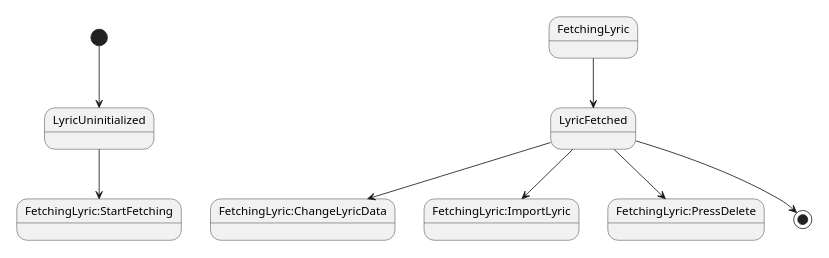
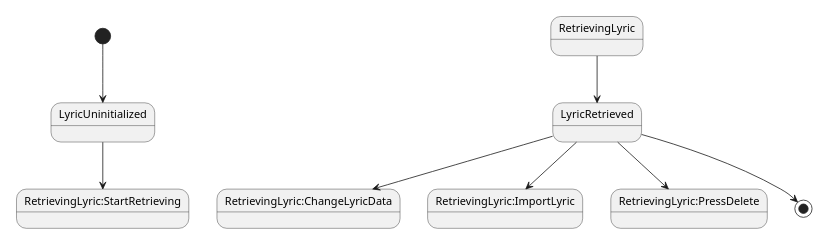
One commit to amamiseiya/shonichi_Flutter changed the diagram in flutter_module/documents/song_info_page_state.wsd. Above: the diagram before and after it, drawn with PlantUML. The commit also changed 75 other files, not shown here.

```diff
--- a/flutter_module/documents/song_info_page_state.wsd
+++ b/flutter_module/documents/song_info_page_state.wsd
@@ -1,12 +1,12 @@
 @startuml SongInfoPageState
 scale 500 width
 
 [*] --> LyricUninitialized
-LyricUninitialized-->FetchingLyric:StartFetching
-FetchingLyric-->LyricFetched
-LyricFetched-->FetchingLyric:ChangeLyricData
-LyricFetched-->FetchingLyric:ImportLyric
-LyricFetched-->FetchingLyric:PressDelete
-LyricFetched-->[*]
+LyricUninitialized-->RetrievingLyric:StartRetrieving
+RetrievingLyric-->LyricRetrieved
+LyricRetrieved-->RetrievingLyric:ChangeLyricData
+LyricRetrieved-->RetrievingLyric:ImportLyric
+LyricRetrieved-->RetrievingLyric:PressDelete
+LyricRetrieved-->[*]
 
 @enduml
```
